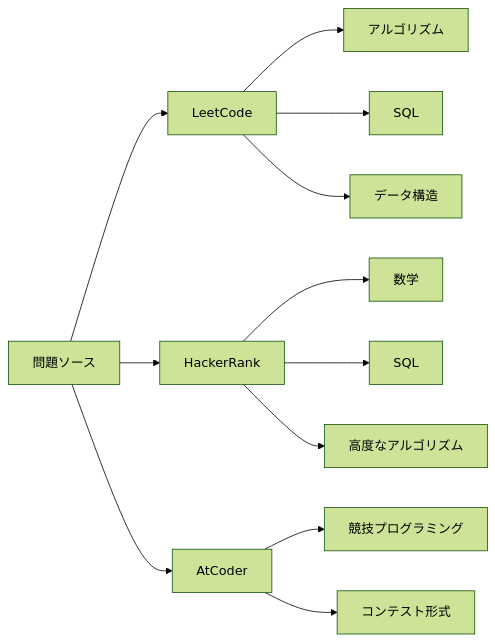
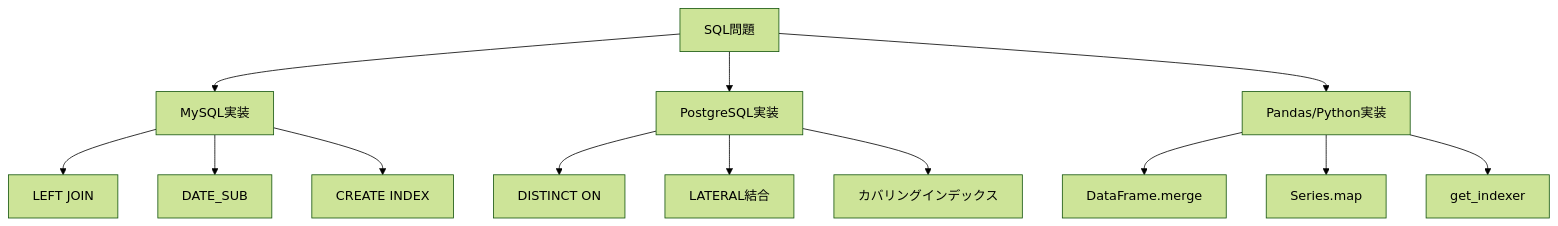
The third of 3 diagrams in README.md (myoshi2891/Algorithm-DataStructures-Math-SQL), drawn with Mermaid (forest theme) before and after one commit. The commit also changed other lines of this file, not shown here.

````diff
--- a/README.md
+++ b/README.md
@@ -135,17 +311,18 @@
 ```mermaid
-graph LR
-    A[問題ソース] --> B[LeetCode]
-    A --> C[HackerRank]
-    A --> D[AtCoder]
-
-    B --> B1[アルゴリズム]
-    B --> B2[SQL]
-    B --> B3[データ構造]
-
-    C --> C1[数学]
-    C --> C2[SQL]
-    C --> C3[高度なアルゴリズム]
-
-    D --> D1[競技プログラミング]
-    D --> D2[コンテスト形式]
+graph TD
+    A[SQL問題] --> B[MySQL実装]
+    A --> C[PostgreSQL実装]
+    A --> D[Pandas/Python実装]
+    
+    B --> B1[LEFT JOIN]
+    B --> B2[DATE_SUB]
+    B --> B3[CREATE INDEX]
+    
+    C --> C1[DISTINCT ON]
+    C --> C2[LATERAL結合]
+    C --> C3[カバリングインデックス]
+    
+    D --> D1[DataFrame.merge]
+    D --> D2[Series.map]
+    D --> D3[get_indexer]
 ```
````
